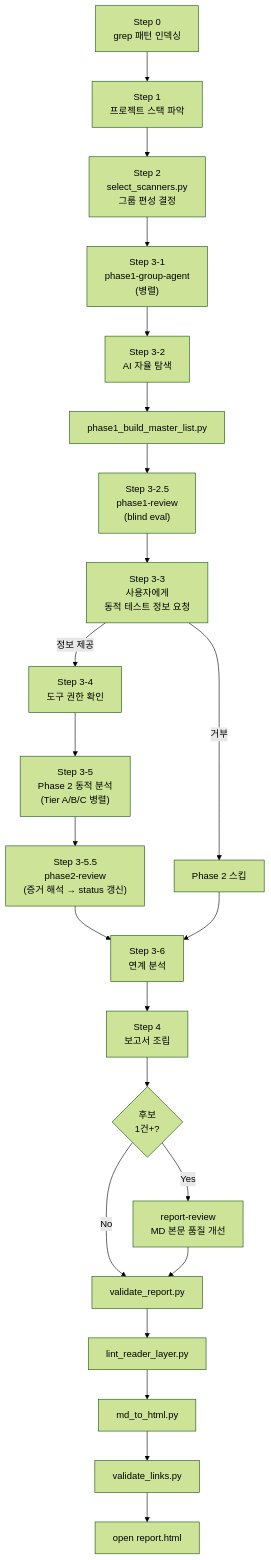
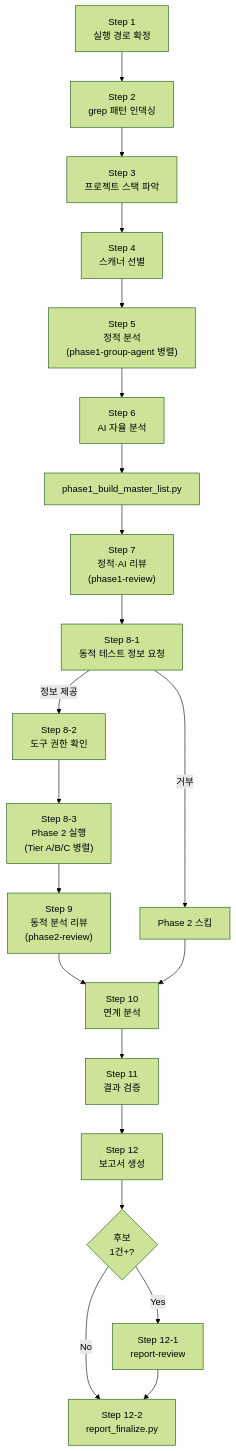
One commit to nomarlhack/noah-sast changed the first of 2 diagrams in skills/sast/docs/pipeline.md. Above: the diagram before and after it, drawn with Mermaid (forest theme). The commit also changed other lines of this file and 15 other files, not shown here.

````diff
--- a/skills/sast/docs/pipeline.md
+++ b/skills/sast/docs/pipeline.md
@@ -7,25 +7,23 @@
 ```mermaid
 flowchart TD
-    S0["Step 0<br/>grep 패턴 인덱싱"] --> S1["Step 1<br/>프로젝트 스택 파악"]
-    S1 --> S2["Step 2<br/>select_scanners.py<br/>그룹 편성 결정"]
-    S2 --> S31["Step 3-1<br/>phase1-group-agent<br/>(병렬)"]
-    S31 --> S32["Step 3-2<br/>AI 자율 탐색"]
-    S32 --> ML["phase1_build_master_list.py"]
-    ML --> S325["Step 3-2.5<br/>phase1-review<br/>(blind eval)"]
-    S325 --> S33["Step 3-3<br/>사용자에게<br/>동적 테스트 정보 요청"]
-    S33 -->|정보 제공| S34["Step 3-4<br/>도구 권한 확인"]
-    S33 -->|거부| Skip["Phase 2 스킵"]
-    S34 --> S35["Step 3-5<br/>Phase 2 동적 분석<br/>(Tier A/B/C 병렬)"]
-    S35 --> S355["Step 3-5.5<br/>phase2-review<br/>(증거 해석 → status 갱신)"]
-    S355 --> S36["Step 3-6<br/>연계 분석"]
-    Skip --> S36
-    S36 --> S4["Step 4<br/>보고서 조립"]
-    S4 --> RR{"후보<br/>1건+?"}
-    RR -->|Yes| RRV["report-review<br/>MD 본문 품질 개선"]
-    RR -->|No| VAL["validate_report.py"]
-    RRV --> VAL
-    VAL --> LINT["lint_reader_layer.py"]
-    LINT --> HTML["md_to_html.py"]
-    HTML --> LINK["validate_links.py"]
-    LINK --> OPEN["open report.html"]
+    S1["Step 1<br/>실행 경로 확정"] --> S2["Step 2<br/>grep 패턴 인덱싱"]
+    S2 --> S3["Step 3<br/>프로젝트 스택 파악"]
+    S3 --> S4["Step 4<br/>스캐너 선별"]
+    S4 --> S5["Step 5<br/>정적 분석<br/>(phase1-group-agent 병렬)"]
+    S5 --> S6["Step 6<br/>AI 자율 분석"]
+    S6 --> ML["phase1_build_master_list.py"]
+    ML --> S7["Step 7<br/>정적·AI 리뷰<br/>(phase1-review)"]
+    S7 --> S81["Step 8-1<br/>동적 테스트 정보 요청"]
+    S81 -->|정보 제공| S82["Step 8-2<br/>도구 권한 확인"]
+    S81 -->|거부| Skip["Phase 2 스킵"]
+    S82 --> S83["Step 8-3<br/>Phase 2 실행<br/>(Tier A/B/C 병렬)"]
+    S83 --> S9["Step 9<br/>동적 분석 리뷰<br/>(phase2-review)"]
+    S9 --> S10["Step 10<br/>연계 분석"]
+    Skip --> S10
+    S10 --> S11["Step 11<br/>결과 검증"]
+    S11 --> S12["Step 12<br/>보고서 생성"]
+    S12 --> RR{"후보<br/>1건+?"}
+    RR -->|Yes| RRV["Step 12-1<br/>report-review"]
+    RR -->|No| FIN["Step 12-2<br/>report_finalize.py"]
+    RRV --> FIN
 ```
````
